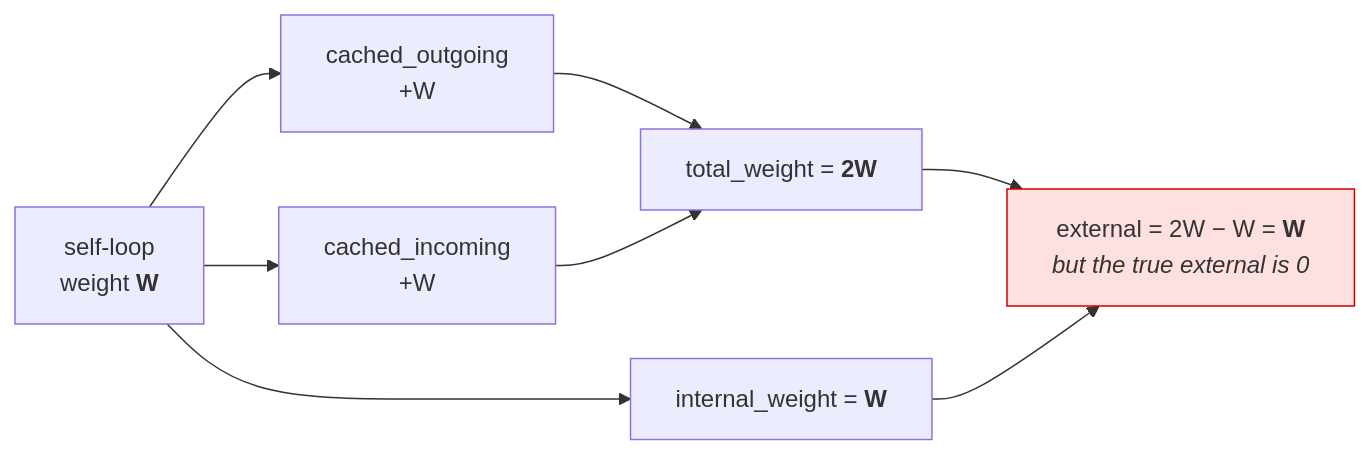
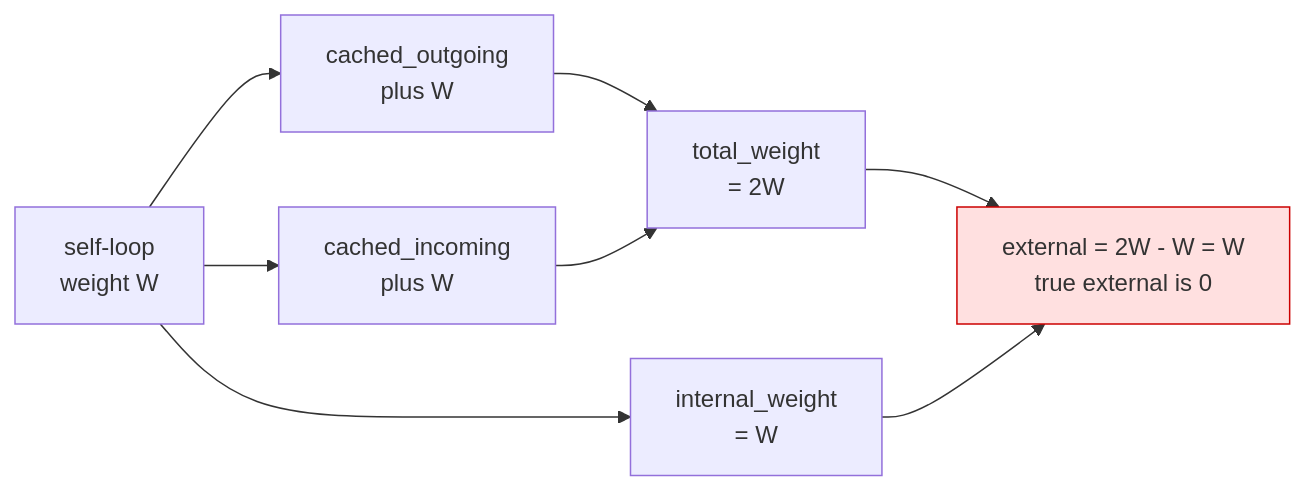
Before and after one commit to mondweep/vibe-cast: the ninth of 9 diagrams in README.md, drawn with Mermaid. The commit also changed other lines of this file, not shown here.

First line of the commit message:
Fix unreadable mermaid diagrams on GitHub

````diff
--- a/README.md
+++ b/README.md
@@ -710,11 +731,11 @@
 ```mermaid
 flowchart LR
-    L["self-loop<br/>weight <b>W</b>"] --> A["cached_outgoing<br/>+W"]
-    L --> B["cached_incoming<br/>+W"]
-    A --> T["total_weight = <b>2W</b>"]
+    L["self-loop<br/>weight W"] --> A["cached_outgoing<br/>plus W"]
+    L --> B["cached_incoming<br/>plus W"]
+    A --> T["total_weight<br/>= 2W"]
     B --> T
-    L --> I["internal_weight = <b>W</b>"]
-    T --> E["external = 2W − W = <b>W</b><br/><i>but the true external is 0</i>"]
+    L --> I["internal_weight<br/>= W"]
+    T --> E["external = 2W - W = W<br/>true external is 0"]
     I --> E
     style E fill:#ffe0e0,stroke:#c00
 ```
````
